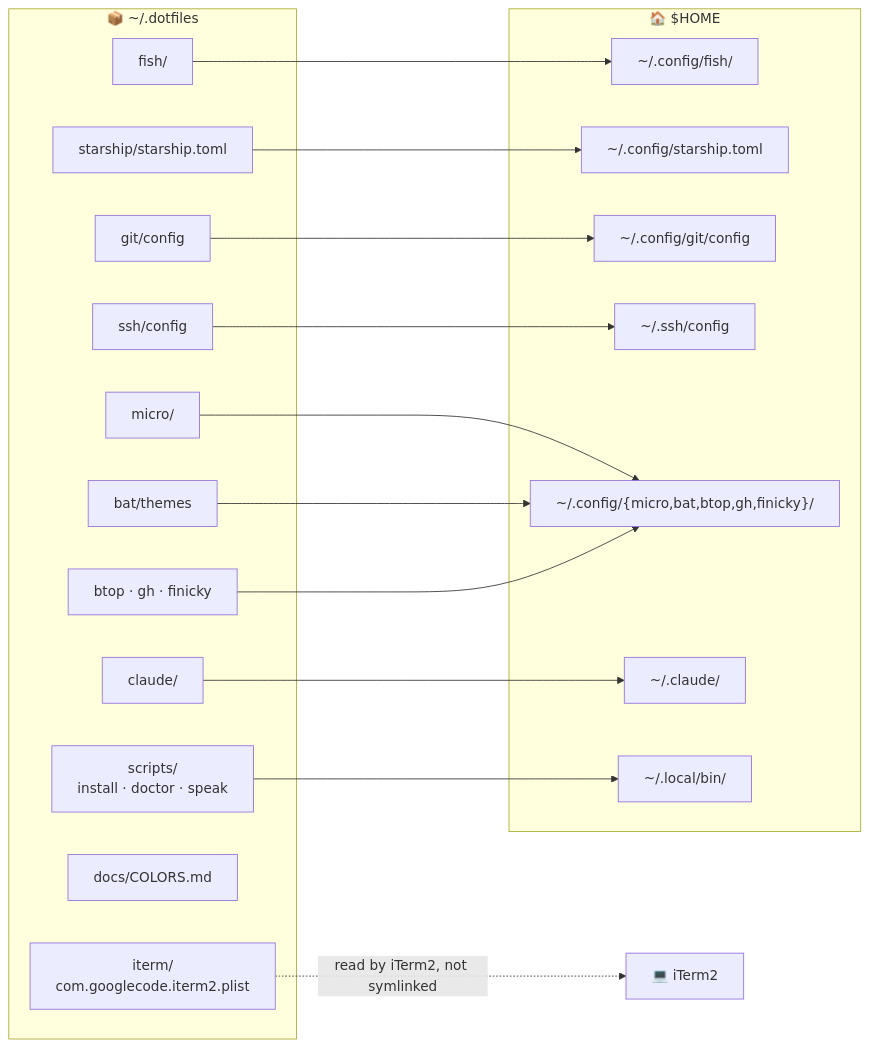
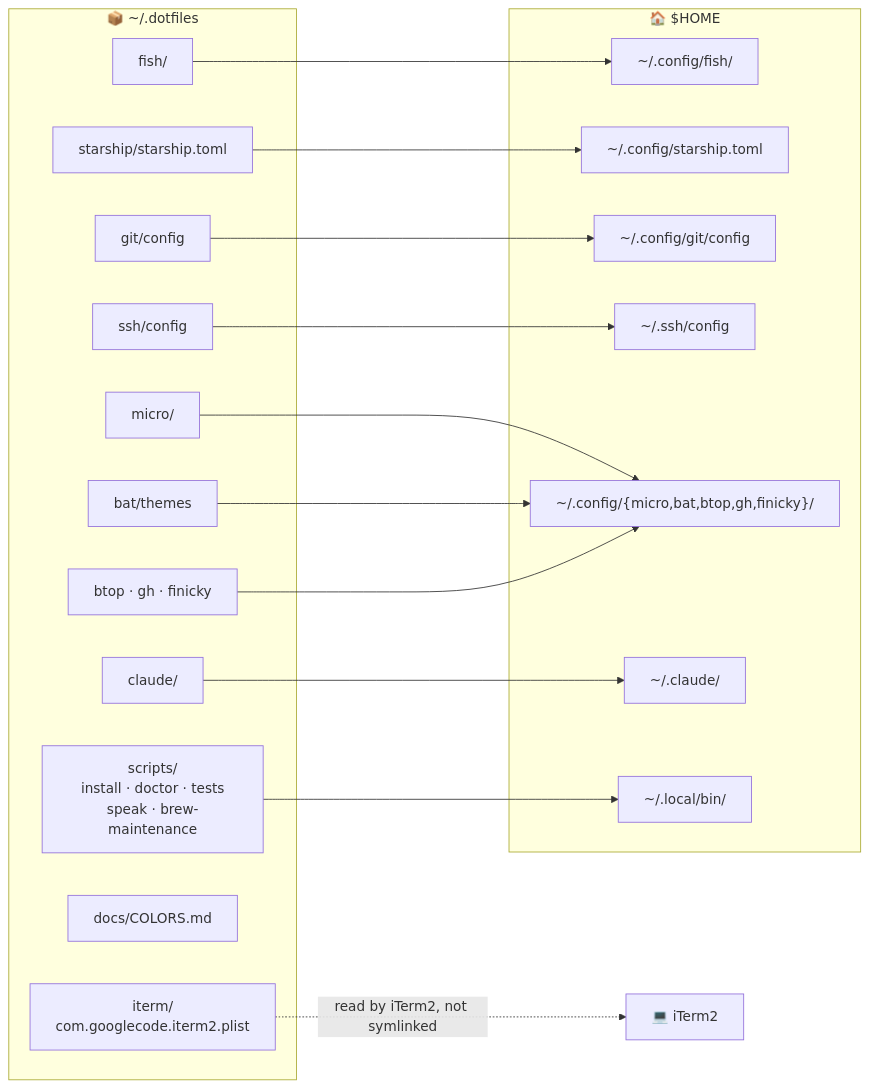
Before and after one commit to sergio-santiago/.dotfiles: the first of 5 diagrams in README.md, drawn with Mermaid. The commit also changed other lines of this file, not shown here.

First line of the commit message:
docs(readme): document Homebrew maintenance and the test suite

````diff
--- a/README.md
+++ b/README.md
@@ -103,35 +105,35 @@
 ```mermaid
 flowchart LR
     subgraph repo["📦 ~/.dotfiles"]
         fish["fish/"]
         starship["starship/starship.toml"]
         gitc["git/config"]
         ssh["ssh/config"]
         micro["micro/"]
         bat["bat/themes"]
         claude["claude/"]
         misc["btop · gh · finicky"]
-        scripts["scripts/<br/>install · doctor · speak"]
+        scripts["scripts/<br/>install · doctor · tests<br/>speak · brew-maintenance"]
         docs["docs/COLORS.md"]
         iterm["iterm/<br/>com.googlecode.iterm2.plist"]
     end
     subgraph home["🏠 $HOME"]
         cfgfish["~/.config/fish/"]
         cfgstar["~/.config/starship.toml"]
         cfggit["~/.config/git/config"]
         sshcfg["~/.ssh/config"]
         cfgmisc["~/.config/{micro,bat,btop,gh,finicky}/"]
         dotclaude["~/.claude/"]
         localbin["~/.local/bin/"]
     end
     fish --> cfgfish
     starship --> cfgstar
     gitc --> cfggit
     ssh --> sshcfg
     micro --> cfgmisc
     bat --> cfgmisc
     misc --> cfgmisc
     claude --> dotclaude
     scripts --> localbin
     iterm -.->|"read by iTerm2, not symlinked"| app["💻 iTerm2"]
 ```
````
